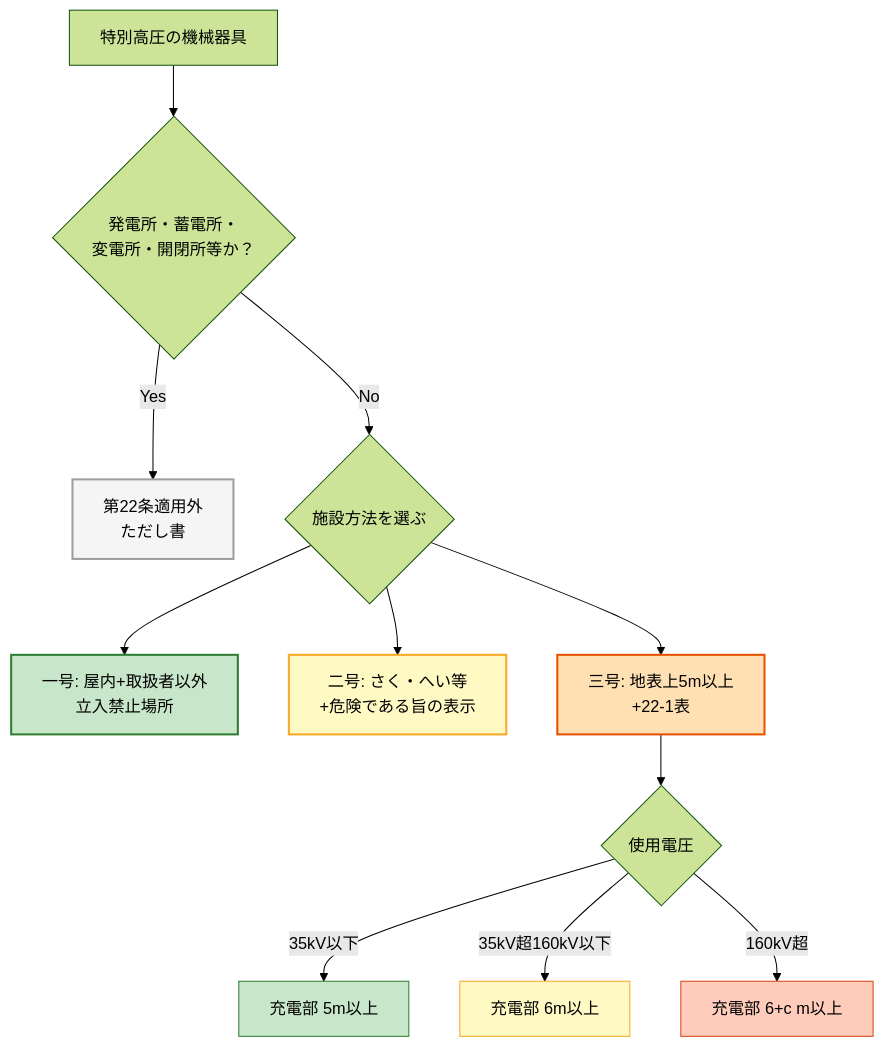
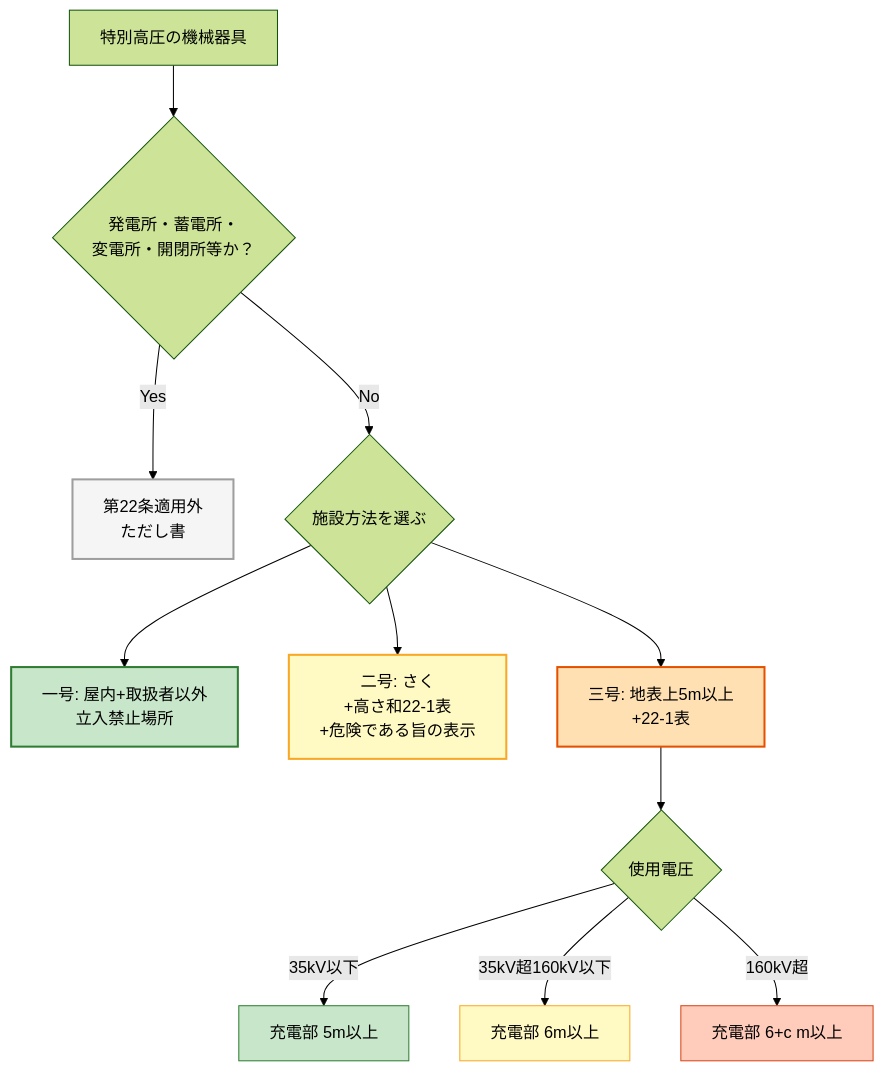
One commit to kfurufuru/denken-wiki changed the diagram in docs/articles/kaishaku/22.md. Above: the diagram before and after it, drawn with Mermaid (forest theme). The commit also changed other lines of this file and 8 other files, not shown here.

````diff
--- a/docs/articles/kaishaku/22.md
+++ b/docs/articles/kaishaku/22.md
@@ -252,21 +267,21 @@
 ```mermaid
 flowchart TD
     Start[特別高圧の機械器具] --> Q0{発電所・蓄電所・<br/>変電所・開閉所等か？}
     Q0 -->|Yes| Out[第22条適用外<br/>ただし書]
     Q0 -->|No| Q1{施設方法を選ぶ}
     Q1 --> M1[一号: 屋内+取扱者以外<br/>立入禁止場所]
-    Q1 --> M2[二号: さく・へい等<br/>+危険である旨の表示]
+    Q1 --> M2[二号: さく<br/>+高さ和22-1表<br/>+危険である旨の表示]
     Q1 --> M3[三号: 地表上5m以上<br/>+22-1表]
     M3 --> M3v{使用電圧}
     M3v -->|35kV以下| V1[充電部 5m以上]
     M3v -->|35kV超160kV以下| V2[充電部 6m以上]
     M3v -->|160kV超| V3[充電部 6+c m以上]
 
     style Out fill:#f5f5f5,stroke:#9e9e9e,stroke-width:2px
     style M1 fill:#c8e6c9,stroke:#2e7d32,stroke-width:2px
     style M2 fill:#fff9c4,stroke:#f9a825,stroke-width:2px
     style M3 fill:#ffe0b2,stroke:#e65100,stroke-width:2px
     style V1 fill:#c8e6c9,stroke:#2e7d32
     style V2 fill:#fff9c4,stroke:#f9a825
     style V3 fill:#ffccbc,stroke:#d84315
 ```
````
